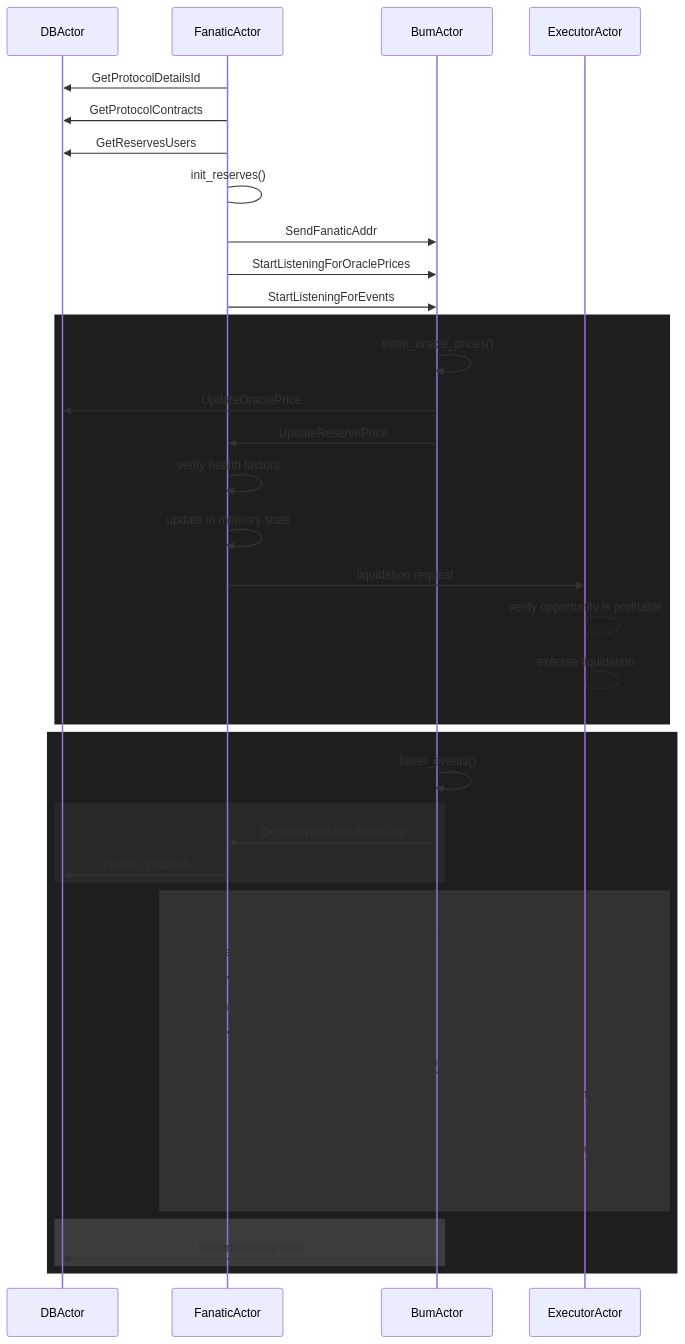
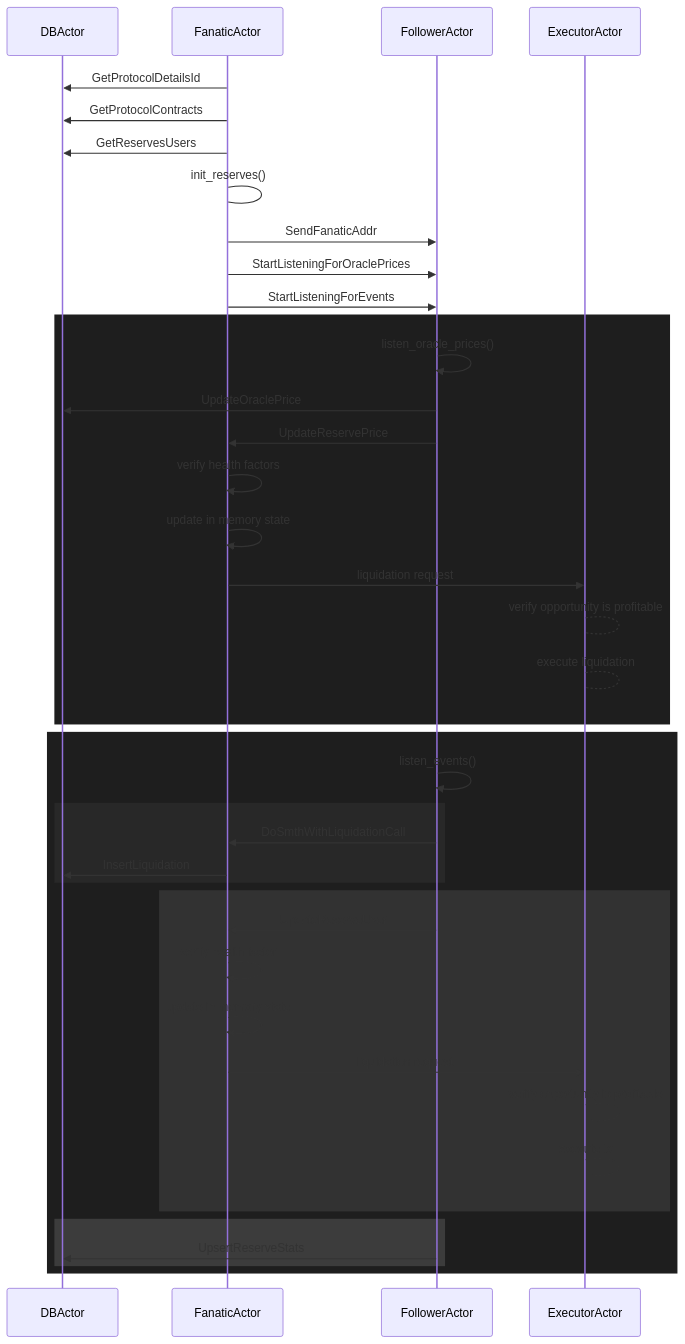
One commit to b1u3h4t/aave-liquidation changed the first of 2 diagrams in README.md. Above: the diagram before and after it, drawn with Mermaid.

Commit message:
reflect actor rename in the diagram

````diff
--- a/README.md
+++ b/README.md
@@ -51,50 +51,50 @@
 ```mermaid
 sequenceDiagram
 
 participant DB as DBActor
 participant Fanatic as FanaticActor
-participant Bum as BumActor
+participant Follower as FollowerActor
 participant Executor as ExecutorActor
 
 Fanatic ->> DB: GetProtocolDetailsId
 Fanatic ->> DB: GetProtocolContracts
 Fanatic ->> DB: GetReservesUsers
 
 Fanatic -> Fanatic: init_reserves()
 
-Fanatic ->> Bum: SendFanaticAddr
-Fanatic ->> Bum: StartListeningForOraclePrices
-Fanatic ->> Bum: StartListeningForEvents
+Fanatic ->> Follower: SendFanaticAddr
+Fanatic ->> Follower: StartListeningForOraclePrices
+Fanatic ->> Follower: StartListeningForEvents
 
 rect rgb(30, 30, 30)
-    Bum ->> Bum: listen_oracle_prices()
-    Bum ->> DB: UpdateOraclePrice
-    Bum ->> Fanatic: UpdateReservePrice
+    Follower ->> Follower: listen_oracle_prices()
+    Follower ->> DB: UpdateOraclePrice
+    Follower ->> Fanatic: UpdateReservePrice
     Fanatic ->> Fanatic: verify health factors
     Fanatic ->> Fanatic: update in memory state
     Fanatic ->> Executor: liquidation request
     Executor --> Executor: verify opportunity is profitable
     Executor --> Executor: execute liquidation
 end
 
 rect rgb(30, 30, 30)
-    Bum ->> Bum: listen_events()
+    Follower ->> Follower: listen_events()
     rect rgb(40, 40, 40)
-        Bum ->> Fanatic: DoSmthWithLiquidationCall
+        Follower ->> Fanatic: DoSmthWithLiquidationCall
         Fanatic ->> DB: InsertLiquidation
     end
 
     rect rgb(50, 50, 50)
-        Bum ->> Fanatic: UpdateReserveUser
+        Follower ->> Fanatic: UpdateReserveUser
         Fanatic ->> Fanatic: verify health factor
         Fanatic ->> Fanatic: update in memory state
         Fanatic ->> Executor: liquidation request
         Executor --> Executor: verify opportunity is profitable
         Executor --> Executor: execute tx
     end
 
     rect rgb(60, 60, 60)
-        Bum ->> DB: UpsertReserveStats
+        Follower ->> DB: UpsertReserveStats
     end
 end
 ```
````
